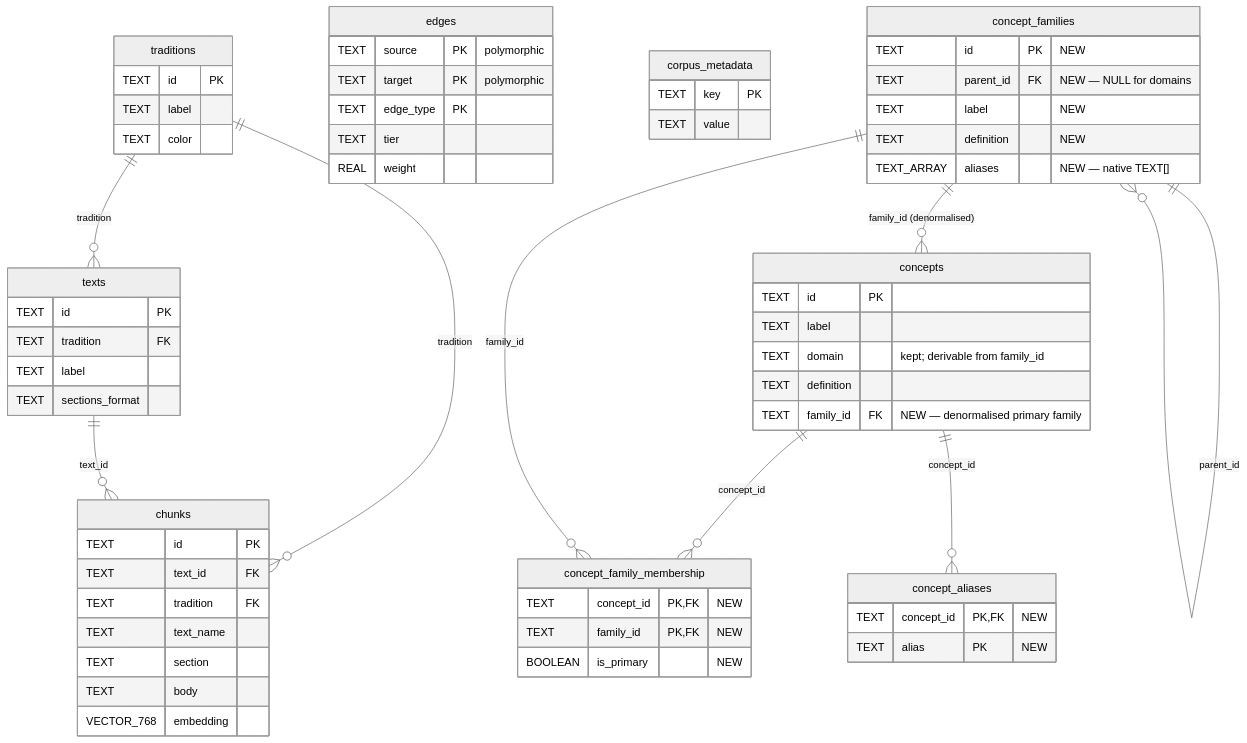
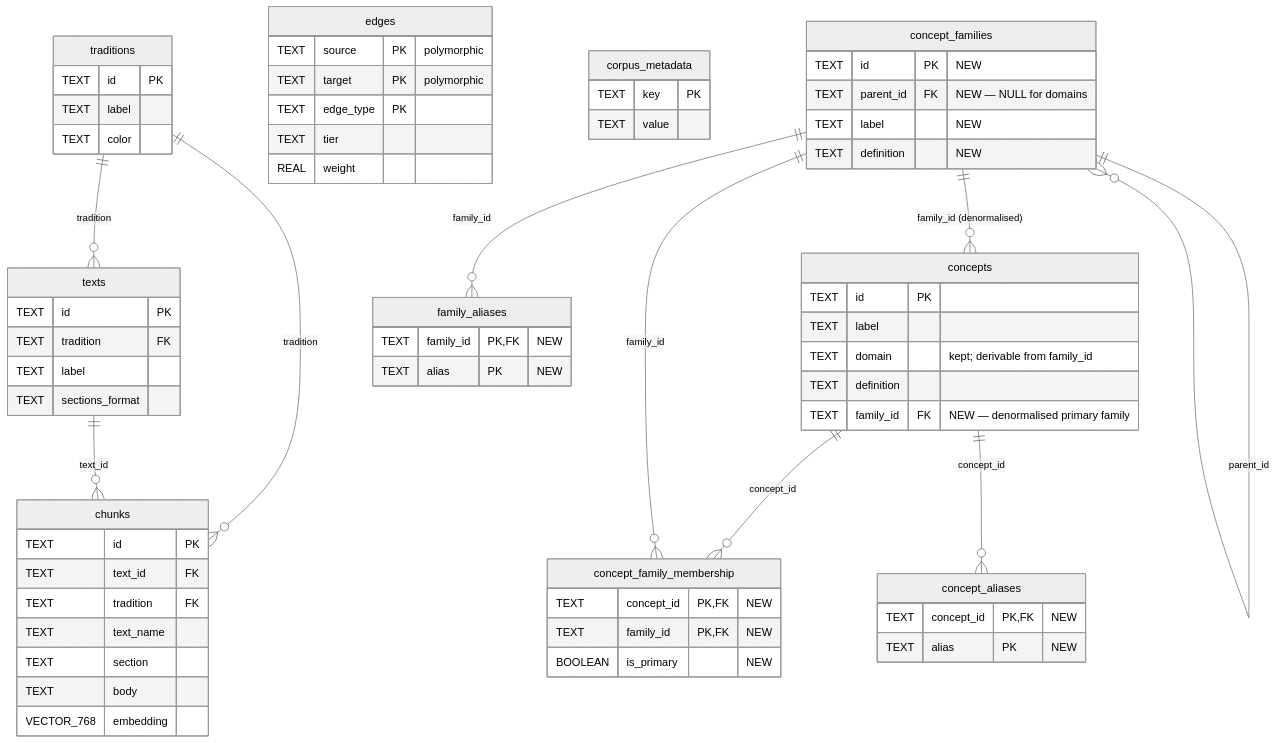
One commit to 4-R-C-4-N-4/guru changed the fourth of 4 diagrams in docs/concept-hierarchy/schema-diagrams.md. Above: the diagram before and after it, drawn with Mermaid (neutral theme). The commit also changed other lines of this file and 5 other files, not shown here.

````diff
--- a/docs/concept-hierarchy/schema-diagrams.md
+++ b/docs/concept-hierarchy/schema-diagrams.md
@@ -242,74 +247,79 @@
 ```mermaid
 erDiagram
     traditions {
         TEXT id PK
         TEXT label
         TEXT color
     }
 
     texts {
         TEXT id PK
         TEXT tradition FK
         TEXT label
         TEXT sections_format
     }
 
     concepts {
         TEXT id PK
         TEXT label
         TEXT domain "kept; derivable from family_id"
         TEXT definition
         TEXT family_id FK "NEW — denormalised primary family"
     }
 
     chunks {
         TEXT id PK
         TEXT text_id FK
         TEXT tradition FK
         TEXT text_name
         TEXT section
         TEXT body
         VECTOR_768 embedding
     }
 
     edges {
         TEXT source PK "polymorphic"
         TEXT target PK "polymorphic"
         TEXT edge_type PK
         TEXT tier
         REAL weight
     }
 
     corpus_metadata {
         TEXT key PK
         TEXT value
     }
 
     concept_families {
         TEXT id PK "NEW"
         TEXT parent_id FK "NEW — NULL for domains"
         TEXT label "NEW"
         TEXT definition "NEW"
-        TEXT_ARRAY aliases "NEW — native TEXT[]"
     }
 
     concept_family_membership {
         TEXT concept_id PK, FK "NEW"
         TEXT family_id PK, FK "NEW"
         BOOLEAN is_primary "NEW"
     }
 
     concept_aliases {
         TEXT concept_id PK, FK "NEW"
         TEXT alias PK "NEW"
     }
 
+    family_aliases {
+        TEXT family_id PK, FK "NEW"
+        TEXT alias PK "NEW"
+    }
+
     traditions ||--o{ texts : "tradition"
     traditions ||--o{ chunks : "tradition"
     texts ||--o{ chunks : "text_id"
     concept_families ||--o{ concept_families : "parent_id"
     concept_families ||--o{ concepts : "family_id (denormalised)"
     concepts ||--o{ concept_family_membership : "concept_id"
     concept_families ||--o{ concept_family_membership : "family_id"
     concepts ||--o{ concept_aliases : "concept_id"
+    concept_families ||--o{ family_aliases : "family_id"
 ```
````
